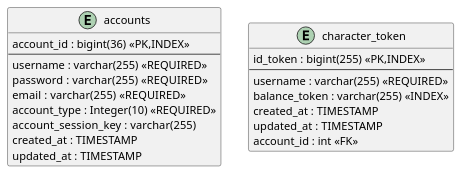
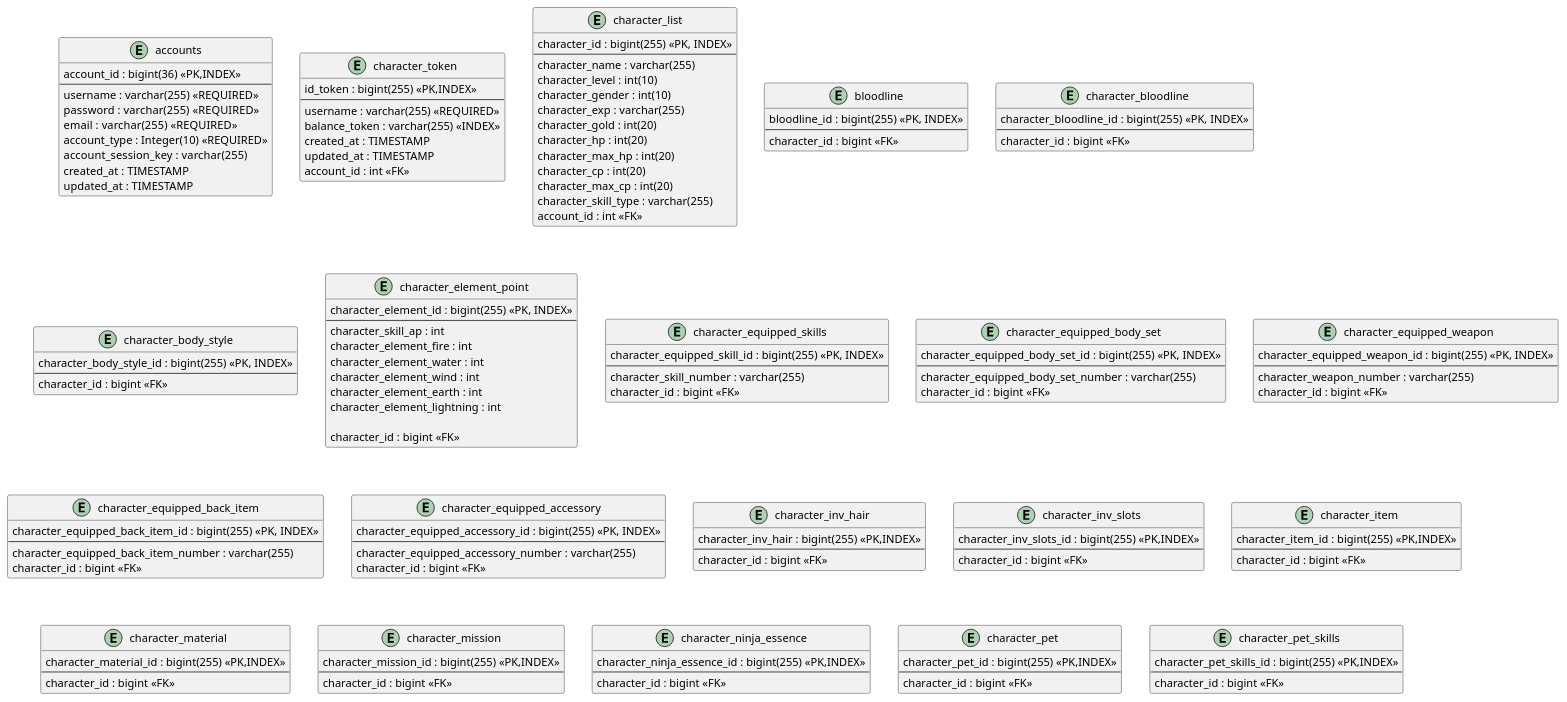
The diagram in ninja-saga.erd.puml (Project-Kegabutan/Backend-Ninja-Saga), drawn with PlantUML before and after one commit. The commit also changed 54 other files, not shown here.

Commit message:
[NS]-Fixing Get CharacterList From Database

```diff
--- a/ninja-saga.erd.puml
+++ b/ninja-saga.erd.puml
@@ -1,26 +1,157 @@
 @startuml ninja saga
 
 
 entity accounts {
     account_id : bigint(36) <<PK,INDEX>>
     --
     username : varchar(255) <<REQUIRED>>
     password : varchar(255)  <<REQUIRED>>
     email : varchar(255)  <<REQUIRED>>
     account_type : Integer(10) <<REQUIRED>>
     account_session_key :  varchar(255)
     created_at : TIMESTAMP
     updated_at : TIMESTAMP
 }
 
 entity character_token {
     id_token : bigint(255) <<PK,INDEX>>
     --
     username : varchar(255) <<REQUIRED>>
     balance_token : varchar(255) <<INDEX>>
     created_at : TIMESTAMP
     updated_at : TIMESTAMP
     account_id : int <<FK>>
 }
 
+entity character_list {
+    character_id : bigint(255) <<PK, INDEX>>
+    --
+    character_name : varchar(255)
+    character_level : int(10)
+    character_gender : int(10)
+    character_exp : varchar(255)
+    character_gold : int(20)
+    character_hp : int(20)
+    character_max_hp : int(20)
+    character_cp : int(20)
+    character_max_cp : int(20)
+    character_skill_type : varchar(255)
+    account_id : int <<FK>>
+}
+
+entity bloodline{
+    bloodline_id : bigint(255) <<PK, INDEX>>
+    --
+    character_id : bigint <<FK>>
+}
+
+
+entity character_bloodline{
+    character_bloodline_id : bigint(255) <<PK, INDEX>>
+    --
+    character_id : bigint <<FK>>
+}
+
+
+entity character_body_style{
+    character_body_style_id : bigint(255) <<PK, INDEX>>
+    --
+    character_id : bigint <<FK>>
+}
+
+entity character_element_point{
+    character_element_id : bigint(255) <<PK, INDEX>>
+    --
+    character_skill_ap : int
+    character_element_fire : int
+    character_element_water : int
+    character_element_wind : int
+    character_element_earth : int
+    character_element_lightning : int
+
+    character_id : bigint <<FK>>
+}
+
+entity character_equipped_skills{
+    character_equipped_skill_id : bigint(255) <<PK, INDEX>>
+    --
+    character_skill_number : varchar(255)
+    character_id : bigint <<FK>>
+}
+
+entity character_equipped_body_set{
+    character_equipped_body_set_id : bigint(255) <<PK, INDEX>>
+    --
+    character_equipped_body_set_number : varchar(255)
+    character_id : bigint <<FK>>
+}
+
+entity character_equipped_weapon{
+    character_equipped_weapon_id : bigint(255) <<PK, INDEX>>
+    --
+    character_weapon_number : varchar(255)
+    character_id : bigint <<FK>>
+}
+
+entity character_equipped_back_item{
+    character_equipped_back_item_id : bigint(255) <<PK, INDEX>>
+    --
+    character_equipped_back_item_number : varchar(255)
+    character_id : bigint <<FK>>
+}
+
+entity character_equipped_accessory{
+    character_equipped_accessory_id : bigint(255) <<PK, INDEX>>
+    --
+    character_equipped_accessory_number : varchar(255)
+    character_id : bigint <<FK>>
+}
+
+entity character_inv_hair{
+    character_inv_hair : bigint(255) <<PK,INDEX>>
+    --
+    character_id : bigint <<FK>>
+}
+
+entity character_inv_slots{
+    character_inv_slots_id : bigint(255) <<PK,INDEX>>
+    --
+    character_id : bigint <<FK>>
+}
+
+entity character_item{
+    character_item_id : bigint(255) <<PK,INDEX>>
+    --
+    character_id : bigint <<FK>>
+}
+
+entity character_material{
+    character_material_id : bigint(255) <<PK,INDEX>>
+    --
+    character_id : bigint <<FK>>
+}
+
+entity character_mission{
+    character_mission_id : bigint(255) <<PK,INDEX>>
+    --
+    character_id : bigint <<FK>>
+}
+
+entity character_ninja_essence{
+    character_ninja_essence_id : bigint(255) <<PK,INDEX>>
+    --
+    character_id : bigint <<FK>>
+}
+
+entity character_pet{
+    character_pet_id : bigint(255) <<PK,INDEX>>
+    --
+    character_id : bigint <<FK>>
+}
+
+entity character_pet_skills{
+    character_pet_skills_id : bigint(255) <<PK,INDEX>>
+    --
+    character_id : bigint <<FK>>
+}
 @enduml
```
